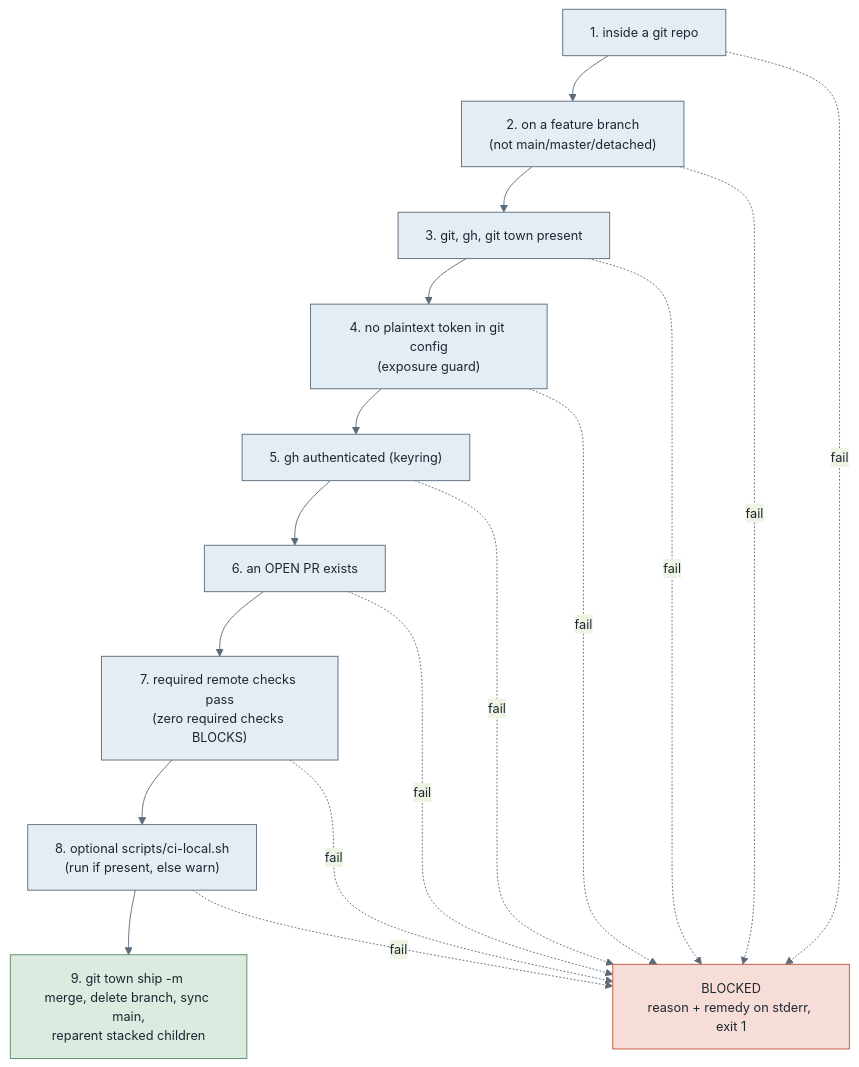
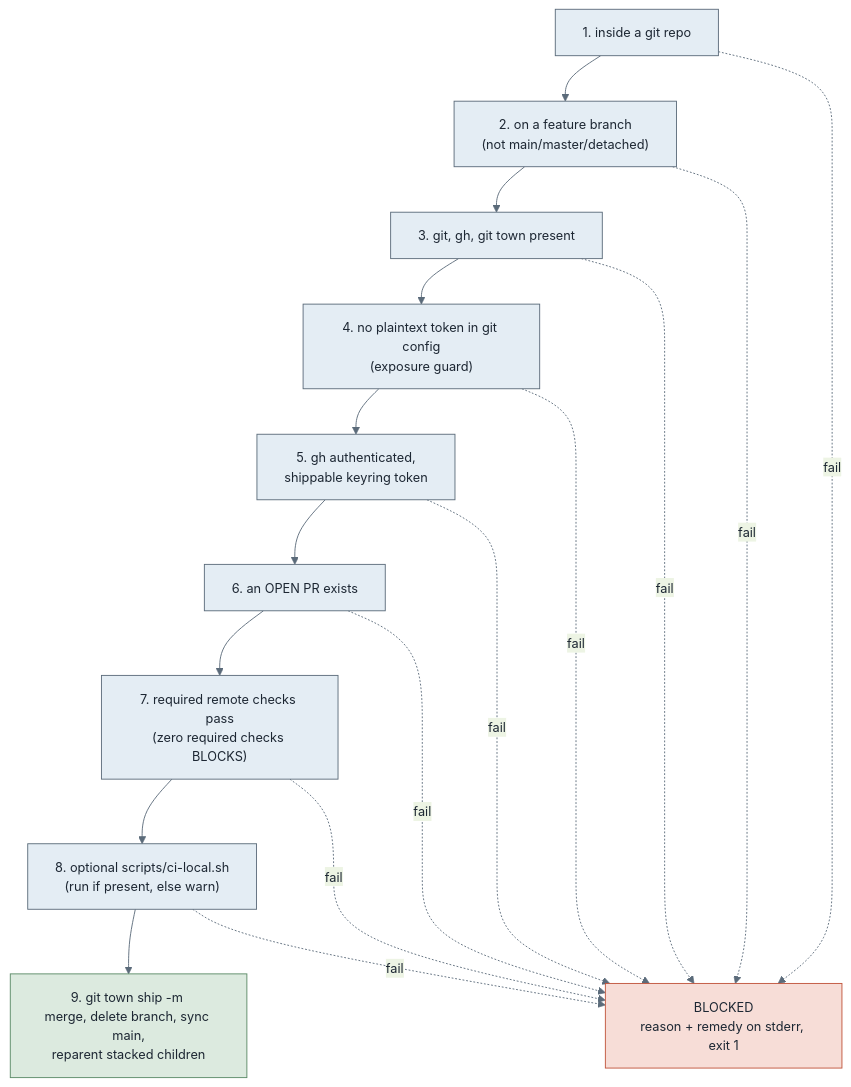
Before and after one commit to omerosaienni/agent-sdlc: the diagram in docs/merge-pr.md, drawn with Mermaid. The commit also changed other lines of this file and 2 other files, not shown here.

First line of the commit message:
Ship via git town with a keyring token, not a keyring assumption

````diff
--- a/docs/merge-pr.md
+++ b/docs/merge-pr.md
@@ -35,31 +35,31 @@
 ```mermaid
 %%{init: {'theme':'base','themeVariables':{'primaryColor':'#e4edf4','primaryTextColor':'#1d2733','primaryBorderColor':'#5b6b7a','lineColor':'#5b6b7a','fontSize':'14px'}}}%%
 flowchart TD
     g1["1. inside a git repo"]
     g2["2. on a feature branch<br/>(not main/master/detached)"]
     g3["3. git, gh, git town present"]
     g4["4. no plaintext token in git config<br/>(exposure guard)"]
-    g5["5. gh authenticated (keyring)"]
+    g5["5. gh authenticated,<br/>shippable keyring token"]
     g6["6. an OPEN PR exists"]
     g7["7. required remote checks pass<br/>(zero required checks BLOCKS)"]
     g8["8. optional scripts/ci-local.sh<br/>(run if present, else warn)"]
     ship["9. git town ship -m <msg><br/>merge, delete branch, sync main,<br/>reparent stacked children"]
     blocked["BLOCKED<br/>reason + remedy on stderr, exit 1"]
 
     g1 --> g2 --> g3 --> g4 --> g5 --> g6 --> g7 --> g8 --> ship
     g1 -.->|fail| blocked
     g2 -.->|fail| blocked
     g3 -.->|fail| blocked
     g4 -.->|fail| blocked
     g5 -.->|fail| blocked
     g6 -.->|fail| blocked
     g7 -.->|fail| blocked
     g8 -.->|fail| blocked
 
     classDef gate fill:#e4edf4,stroke:#5b6b7a,color:#1d2733;
     classDef good fill:#dceadf,stroke:#5a8a66,color:#1d2733;
     classDef bad fill:#f7ddd7,stroke:#c0533b,color:#1d2733;
     class g1,g2,g3,g4,g5,g6,g7,g8 gate;
     class ship good;
     class blocked bad;
 ```
````
